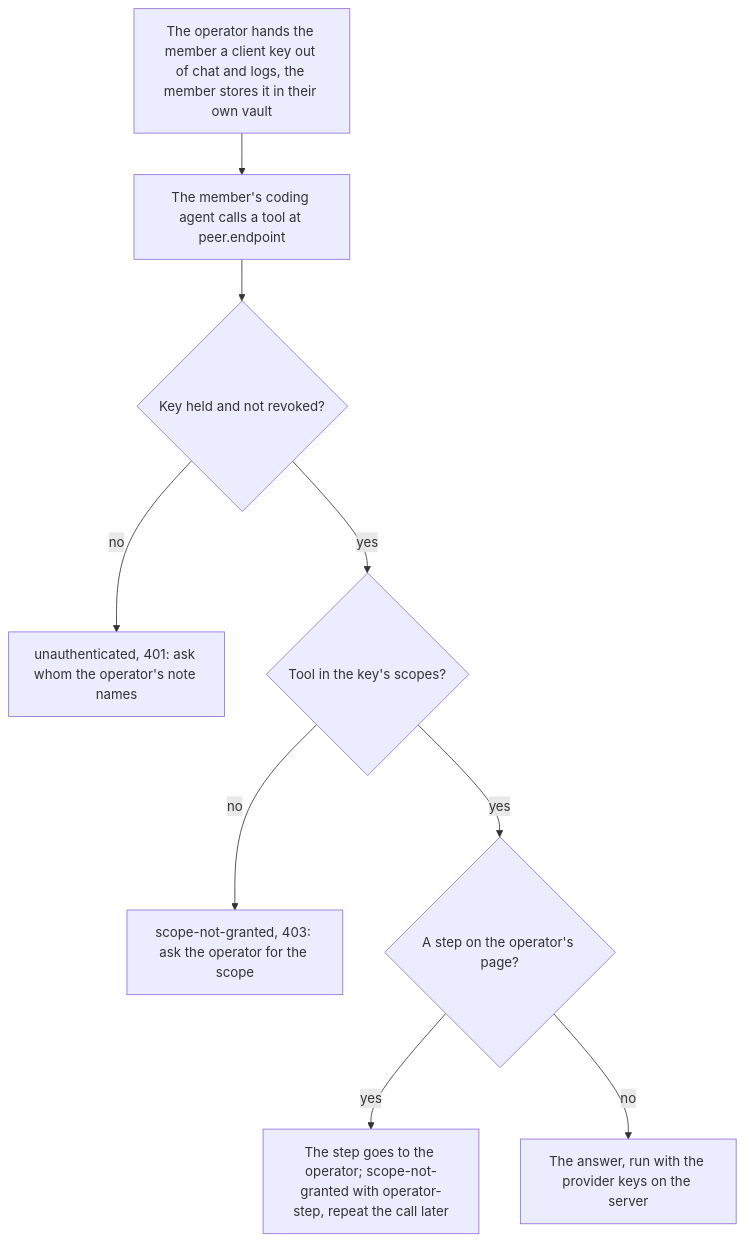
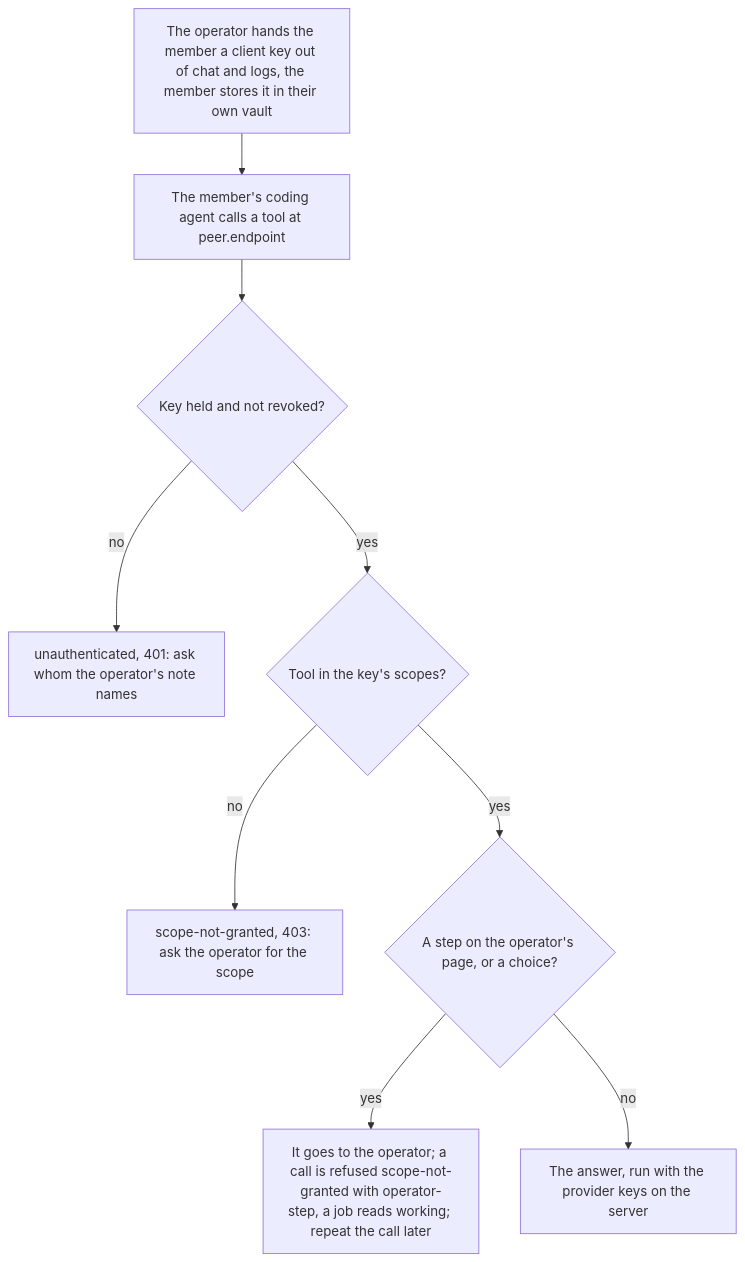
Diagram 35 of 35 in docs/ux/flows.md (passioncode-ai/fabric-agent-contract), drawn with Mermaid before and after one commit. The commit also changed other lines of this file and 12 other files, not shown here.

````diff
--- a/docs/ux/flows.md
+++ b/docs/ux/flows.md
@@ -941,11 +941,11 @@
 ```mermaid
 flowchart TD
   K[The operator hands the member a client key out of chat and logs, the member stores it in their own vault] --> C[The member's coding agent calls a tool at peer.endpoint]
   C --> H{Key held and not revoked?}
   H -->|no| U[unauthenticated, 401: ask whom the operator's note names]
   H -->|yes| S{Tool in the key's scopes?}
   S -->|no| G[scope-not-granted, 403: ask the operator for the scope]
-  S -->|yes| O{A step on the operator's page?}
-  O -->|yes| R[The step goes to the operator; scope-not-granted with operator-step, repeat the call later]
+  S -->|yes| O{A step on the operator's page, or a choice?}
+  O -->|yes| R[It goes to the operator; a call is refused scope-not-granted with operator-step, a job reads working; repeat the call later]
   O -->|no| A[The answer, run with the provider keys on the server]
 ```
````
